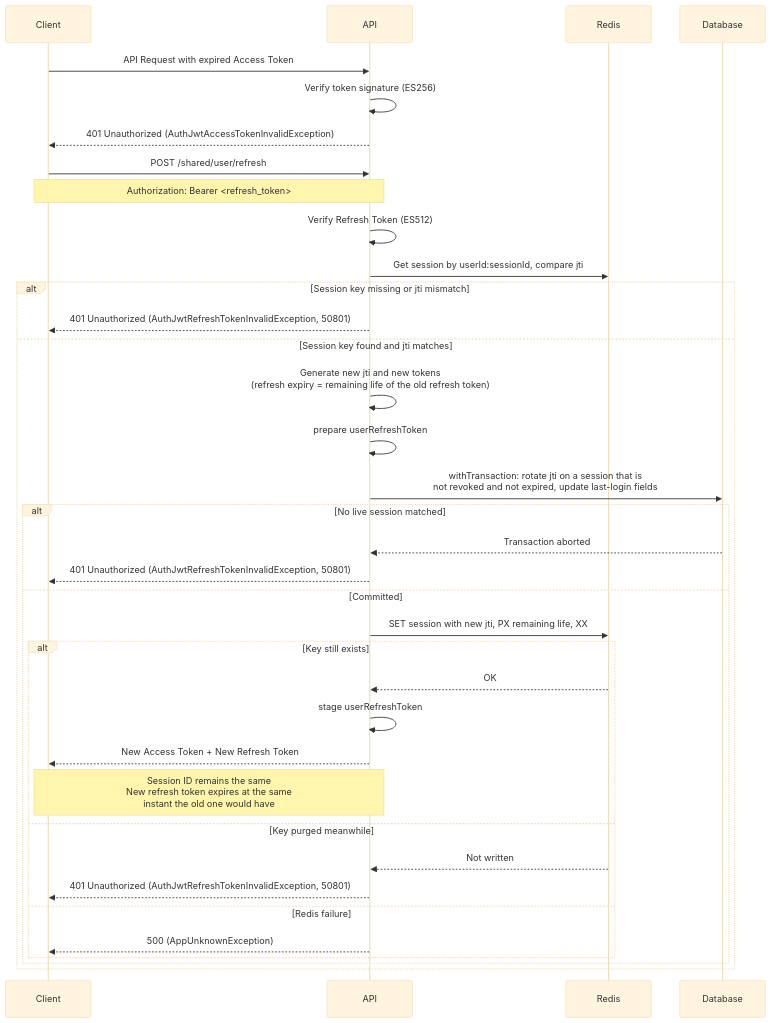
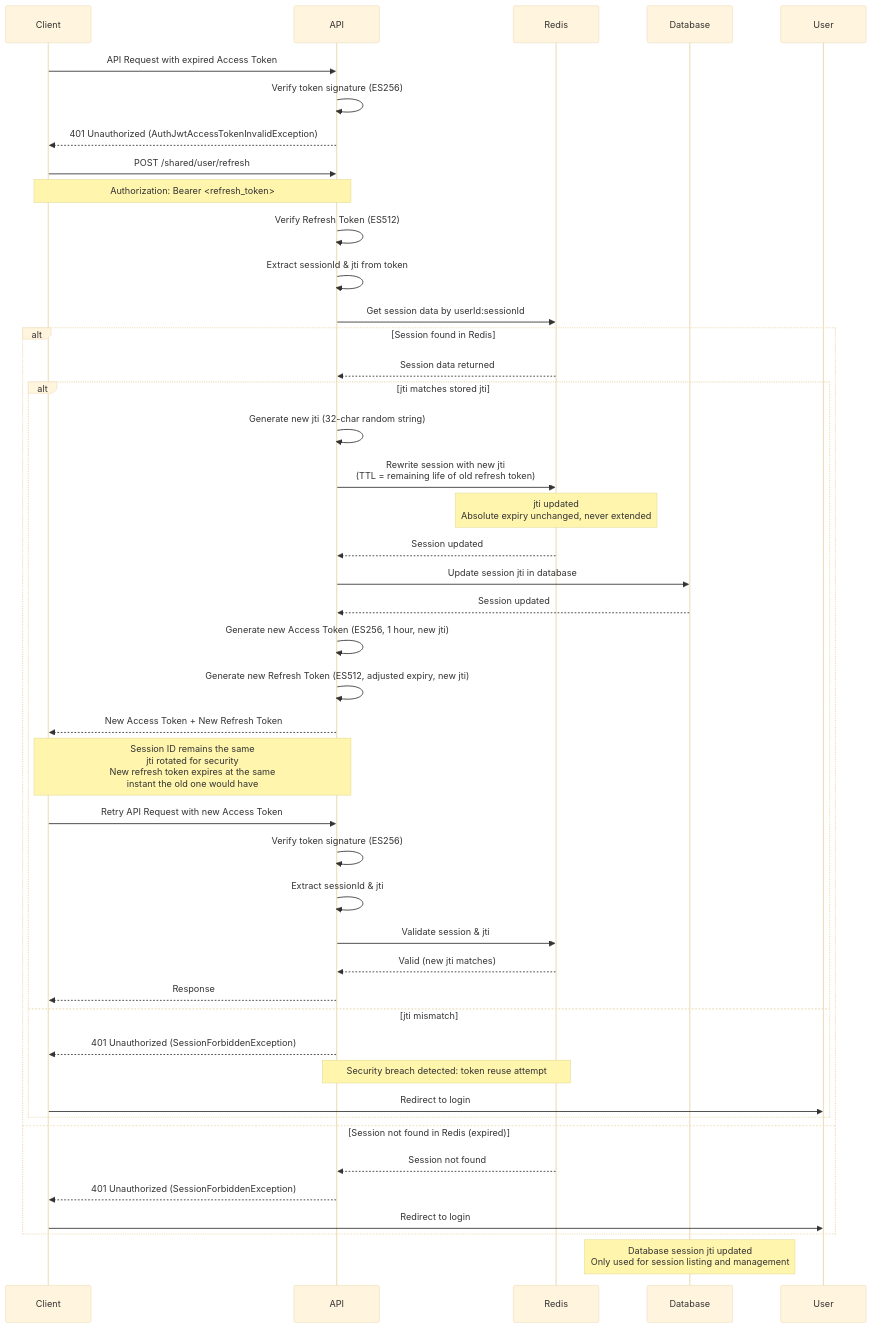
The third of 9 diagrams in docs/authentication.md (andrechristikan/ack-nestjs-boilerplate), drawn with Mermaid (base theme) before and after one commit. The commit also changed other lines of this file and 1480 other files, not shown here.

````diff
--- a/docs/authentication.md
+++ b/docs/authentication.md
@@ -359,41 +298,59 @@
 ```mermaid
 sequenceDiagram
     participant Client
     participant API
     participant Redis
     participant Database
 
     Client->>API: API Request with expired Access Token
     API->>API: Verify token signature (ES256)
     API-->>Client: 401 Unauthorized (AuthJwtAccessTokenInvalidException)
-
+    
     Client->>API: POST /shared/user/refresh
     Note over Client,API: Authorization: Bearer <refresh_token>
-
+    
     API->>API: Verify Refresh Token (ES512)
-    API->>Redis: Get session by userId:sessionId, compare jti
-    alt Session key missing or jti mismatch
-        API-->>Client: 401 Unauthorized (AuthJwtRefreshTokenInvalidException, 50801)
-    else Session key found and jti matches
-        API->>API: Generate new jti and new tokens<br/>(refresh expiry = remaining life of the old refresh token)
-        API->>API: prepare userRefreshToken
-        API->>Database: withTransaction: rotate jti on a session that is<br/>not revoked and not expired, update last-login fields
-        alt No live session matched
-            Database-->>API: Transaction aborted
-            API-->>Client: 401 Unauthorized (AuthJwtRefreshTokenInvalidException, 50801)
-        else Committed
-            API->>Redis: SET session with new jti, PX remaining life, XX
-            alt Key still exists
-                Redis-->>API: OK
-                API->>API: stage userRefreshToken
-                API-->>Client: New Access Token + New Refresh Token
-                Note over Client,API: Session ID remains the same<br/>New refresh token expires at the same<br/>instant the old one would have
-            else Key purged meanwhile
-                Redis-->>API: Not written
-                API-->>Client: 401 Unauthorized (AuthJwtRefreshTokenInvalidException, 50801)
-            else Redis failure
-                API-->>Client: 500 (AppUnknownException)
-            end
+    API->>API: Extract sessionId & jti from token
+    
+    API->>Redis: Get session data by userId:sessionId
+    
+    alt Session found in Redis
+        Redis-->>API: Session data returned
+        
+        alt jti matches stored jti
+            API->>API: Generate new jti (32-char random string)
+            
+            API->>Redis: Rewrite session with new jti<br/>(TTL = remaining life of old refresh token)
+            Note over Redis: jti updated<br/>Absolute expiry unchanged, never extended
+            Redis-->>API: Session updated
+            
+            API->>Database: Update session jti in database
+            Database-->>API: Session updated
+            
+            API->>API: Generate new Access Token (ES256, 1 hour, new jti)
+            API->>API: Generate new Refresh Token (ES512, adjusted expiry, new jti)
+            
+            API-->>Client: New Access Token + New Refresh Token
+            Note over Client,API: Session ID remains the same<br/>jti rotated for security<br/>New refresh token expires at the same<br/>instant the old one would have
+            
+            Client->>API: Retry API Request with new Access Token
+            API->>API: Verify token signature (ES256)
+            API->>API: Extract sessionId & jti
+            API->>Redis: Validate session & jti
+            Redis-->>API: Valid (new jti matches)
+            API-->>Client: Response
+            
+        else jti mismatch
+            API-->>Client: 401 Unauthorized (SessionForbiddenException)
+            Note over API,Redis: Security breach detected: token reuse attempt
+            Client->>User: Redirect to login
         end
+        
+    else Session not found in Redis (expired)
+        Redis-->>API: Session not found
+        API-->>Client: 401 Unauthorized (SessionForbiddenException)
+        Client->>User: Redirect to login
     end
+    
+    Note over Database: Database session jti updated<br/>Only used for session listing and management
 ```
````
